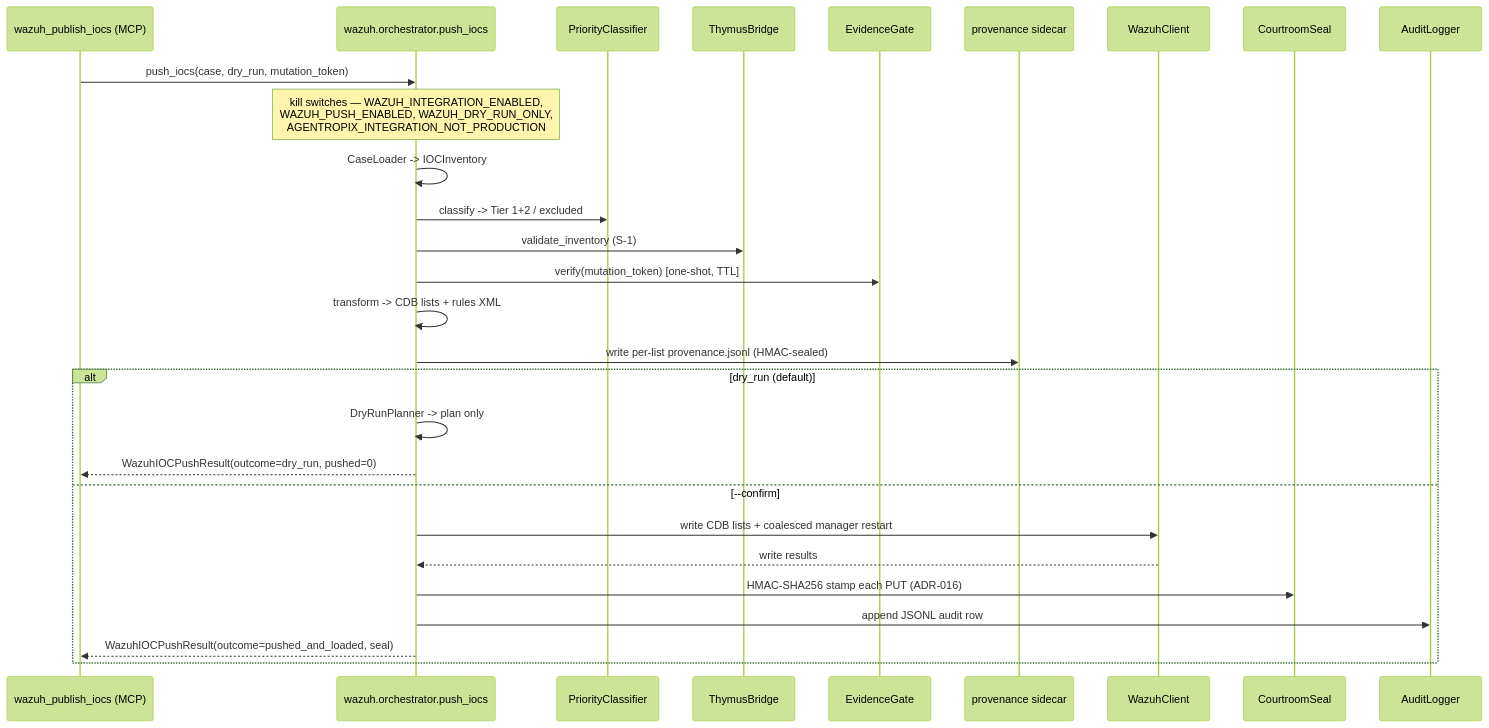
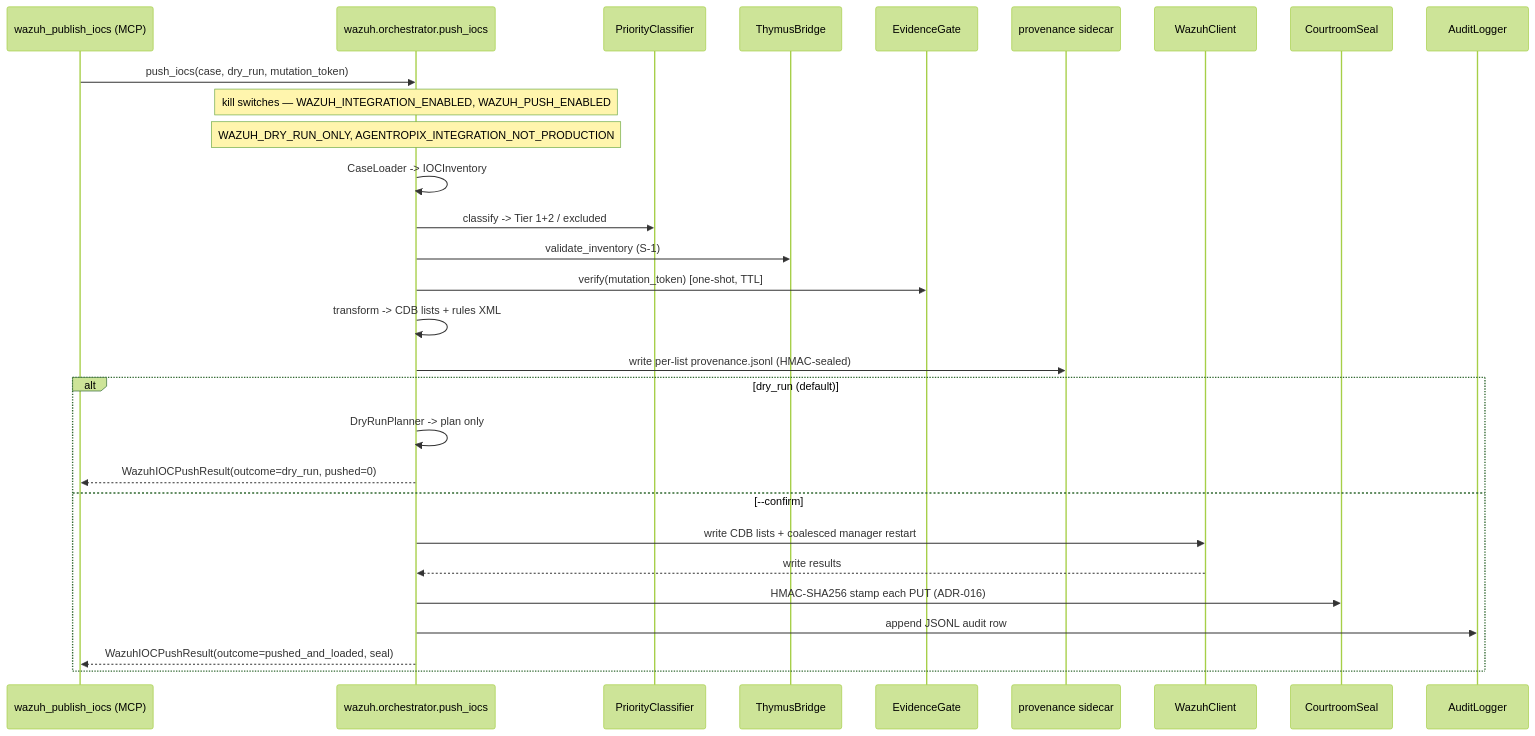
Before and after one commit to galvangabriel-web/agentropix-mcp: the sixth of 6 diagrams in docs/02-architecture/sequence-diagrams.md, drawn with Mermaid (forest theme). The commit also changed other lines of this file and 45 other files, not shown here.

````diff
--- a/docs/02-architecture/sequence-diagrams.md
+++ b/docs/02-architecture/sequence-diagrams.md
@@ -277,31 +278,32 @@
 ```mermaid
 sequenceDiagram
     participant Tool as wazuh_publish_iocs (MCP)
     participant Orch as wazuh.orchestrator.push_iocs
     participant Pri as PriorityClassifier
     participant Thy as ThymusBridge
     participant Gate as EvidenceGate
     participant Prov as provenance sidecar
     participant Client as WazuhClient
     participant Court as CourtroomSeal
     participant Audit as AuditLogger
 
     Tool->>Orch: push_iocs(case, dry_run, mutation_token)
-    Note over Orch: kill switches — WAZUH_INTEGRATION_ENABLED,<br/>WAZUH_PUSH_ENABLED, WAZUH_DRY_RUN_ONLY,<br/>AGENTROPIX_INTEGRATION_NOT_PRODUCTION
+    Note over Orch: kill switches — WAZUH_INTEGRATION_ENABLED, WAZUH_PUSH_ENABLED
+    Note over Orch: WAZUH_DRY_RUN_ONLY, AGENTROPIX_INTEGRATION_NOT_PRODUCTION
     Orch->>Orch: CaseLoader -> IOCInventory
     Orch->>Pri: classify -> Tier 1+2 / excluded
     Orch->>Thy: validate_inventory (S-1)
     Orch->>Gate: verify(mutation_token) [one-shot, TTL]
     Orch->>Orch: transform -> CDB lists + rules XML
     Orch->>Prov: write per-list provenance.jsonl (HMAC-sealed)
     alt dry_run (default)
         Orch->>Orch: DryRunPlanner -> plan only
         Orch-->>Tool: WazuhIOCPushResult(outcome=dry_run, pushed=0)
     else --confirm
         Orch->>Client: write CDB lists + coalesced manager restart
         Client-->>Orch: write results
         Orch->>Court: HMAC-SHA256 stamp each PUT (ADR-016)
         Orch->>Audit: append JSONL audit row
         Orch-->>Tool: WazuhIOCPushResult(outcome=pushed_and_loaded, seal)
     end
 ```
````
